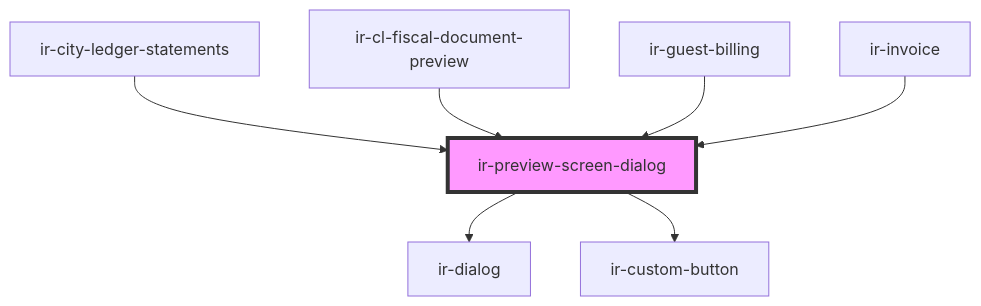
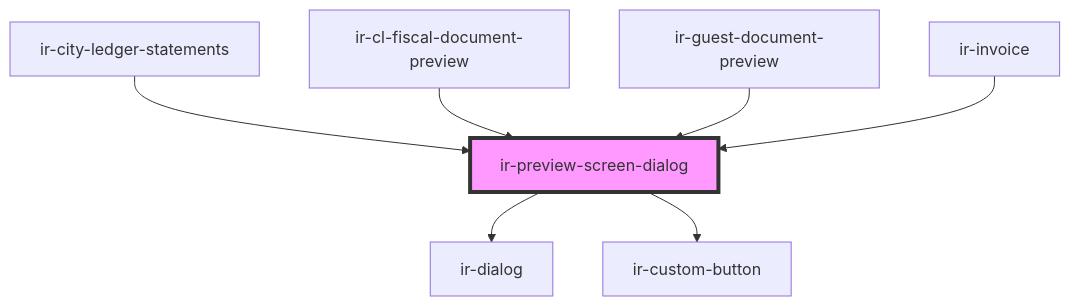
The diagram in src/components/ir-preview-screen-dialog/readme.md (RonyRizk/ir-webcmp), drawn with Mermaid before and after one commit. The commit also changed other lines of this file and 115 other files, not shown here.

````diff
--- a/src/components/ir-preview-screen-dialog/readme.md
+++ b/src/components/ir-preview-screen-dialog/readme.md
@@ -85,10 +85,10 @@
 ```mermaid
 graph TD;
   ir-preview-screen-dialog --> ir-dialog
   ir-preview-screen-dialog --> ir-custom-button
   ir-city-ledger-statements --> ir-preview-screen-dialog
   ir-cl-fiscal-document-preview --> ir-preview-screen-dialog
-  ir-guest-billing --> ir-preview-screen-dialog
+  ir-guest-document-preview --> ir-preview-screen-dialog
   ir-invoice --> ir-preview-screen-dialog
   style ir-preview-screen-dialog fill:#f9f,stroke:#333,stroke-width:4px
 ```
````
